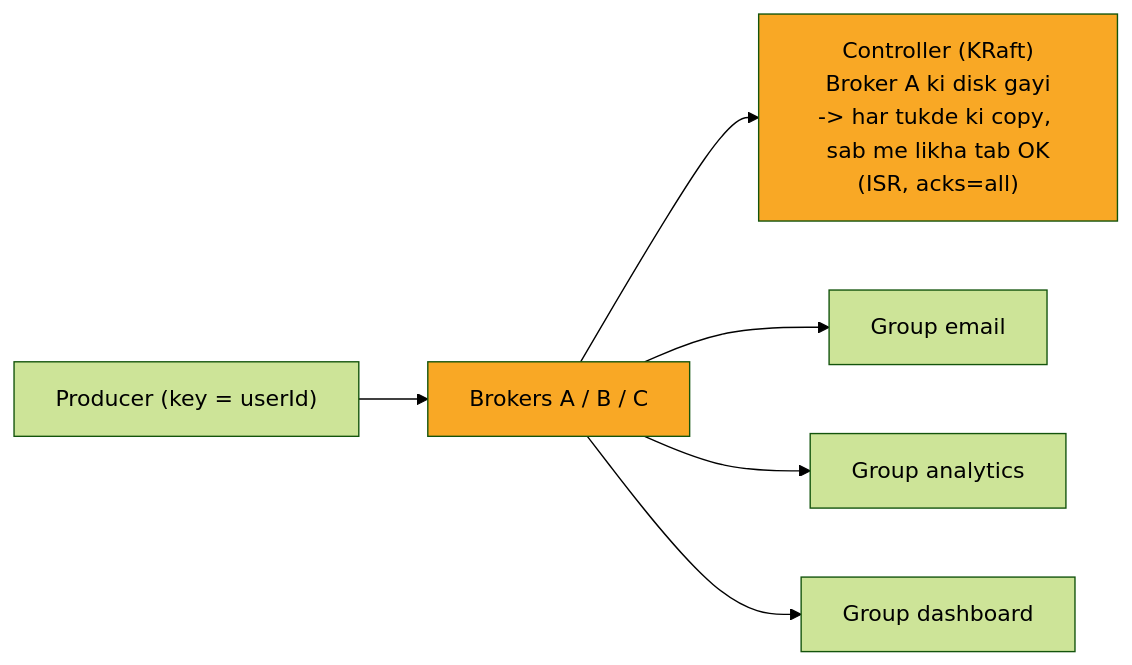
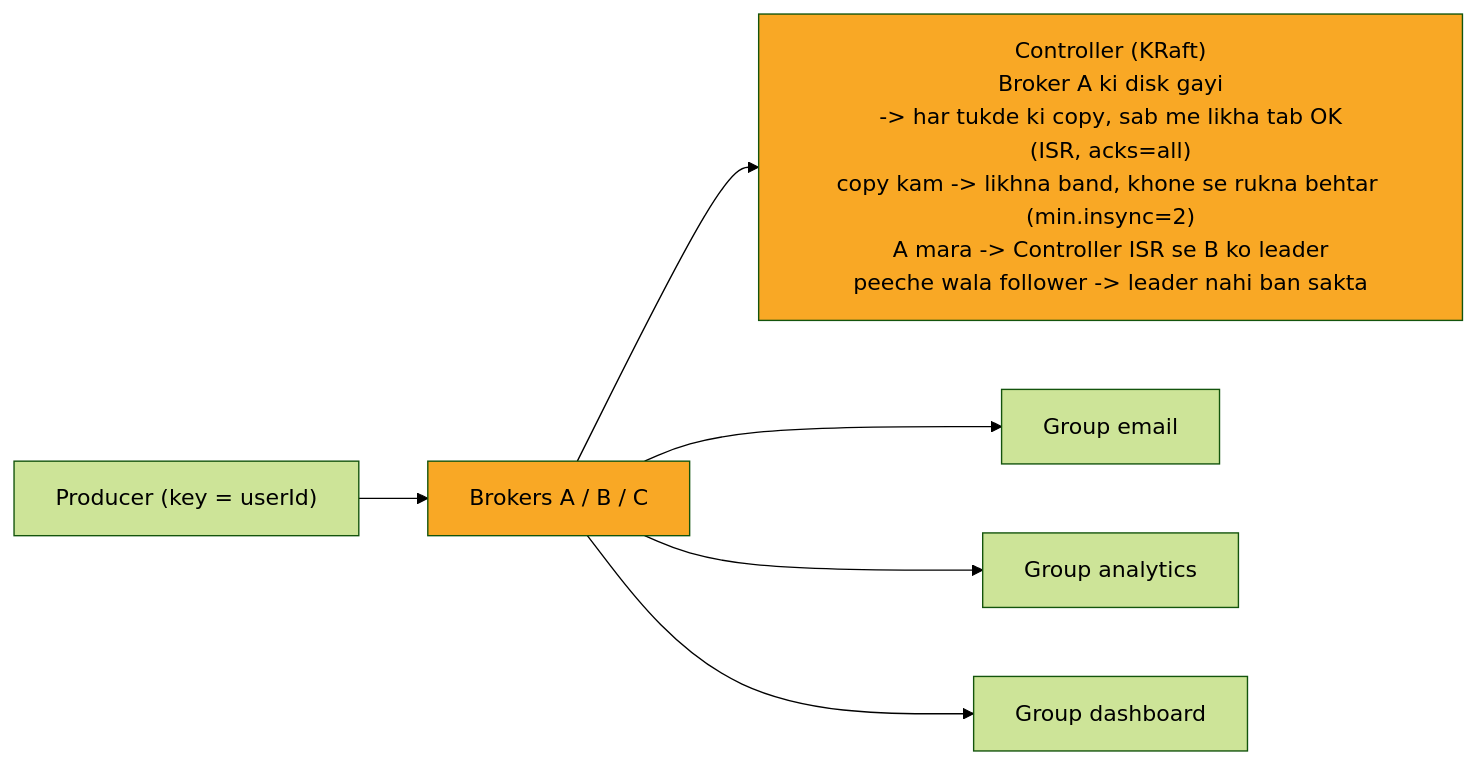
Before and after one commit to ArpanMaheshwari144/Prep: the seventh of 12 diagrams in 04_HLD/SYSTEM_DESIGNS/12_message_queue_kafka/12_message_queue_kafka.md, drawn with Mermaid (forest theme). The commit also changed other lines of this file and 12 other files, not shown here.

Commit message:
hld 02-14: peele dabbe me SAFAR ke mod + diagram chauda (wrappingWidth 450)

````diff
--- a/04_HLD/SYSTEM_DESIGNS/12_message_queue_kafka/12_message_queue_kafka.md
+++ b/04_HLD/SYSTEM_DESIGNS/12_message_queue_kafka/12_message_queue_kafka.md
@@ -236,16 +242,17 @@
 ```mermaid
+%%{init: {"flowchart": {"wrappingWidth": 450}}}%%
 flowchart LR
     n_P["Producer (key = userId)"]
     n_B["Brokers A / B / C"]
-    n_K["Controller (KRaft)<br/>Broker A ki disk gayi<br/>-> har tukde ki copy, sab me likha tab OK<br/>(ISR, acks=all)"]
+    n_K["Controller (KRaft)<br/>Broker A ki disk gayi<br/>-> har tukde ki copy, sab me likha tab OK<br/>(ISR, acks=all)<br/>copy kam -> likhna band, khone se rukna behtar (min.insync=2)<br/>A mara -> Controller ISR se B ko leader<br/>peeche wala follower -> leader nahi ban sakta"]
     n_GE["Group email"]
     n_GA["Group analytics"]
     n_GD["Group dashboard"]
     n_P --> n_B
     n_B --> n_K
     n_B --> n_GE
     n_B --> n_GA
     n_B --> n_GD
     style n_K fill:#f9a825,color:#000
     style n_B fill:#f9a825,color:#000
 ```
````
